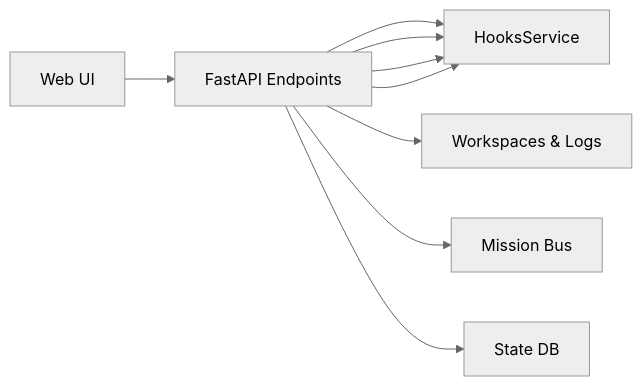
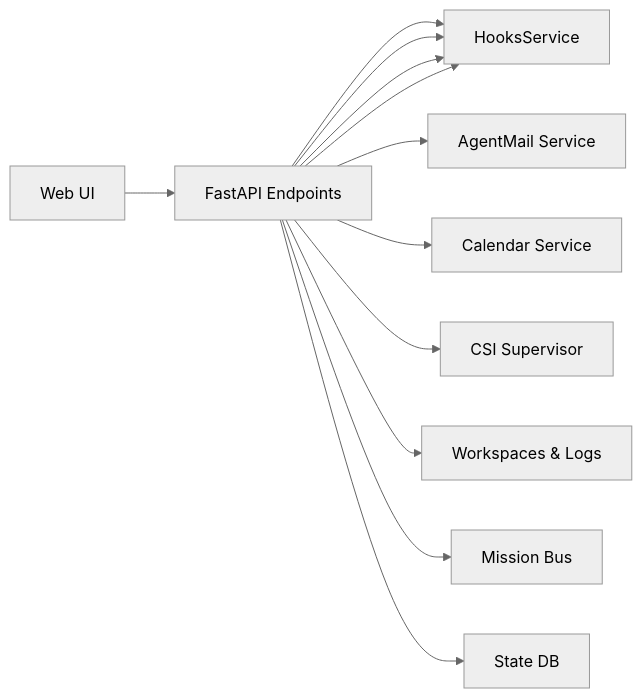
One commit to Kjdragan/universal_agent changed the diagram in docs/04_API_Reference/Ops_API.md. Above: the diagram before and after it, drawn with Mermaid (neutral theme). The commit also changed other lines of this file, not shown here.

````diff
--- a/docs/04_API_Reference/Ops_API.md
+++ b/docs/04_API_Reference/Ops_API.md
@@ -19,11 +22,14 @@
 ```mermaid
 graph LR
     Client[Web UI] --> API[FastAPI Endpoints]
     API --> Service[OpsService]
     API --> Service[HeartbeatService]
     API --> Service[CronService]
     API --> Service[HooksService]
+    API --> AMail[AgentMail Service]
+    API --> Cal[Calendar Service]
+    API --> CSI[CSI Supervisor]
     API --> Disk[Workspaces & Logs]
     API --> Redis[Mission Bus]
     API --> SQLite[State DB]
 ```
````
